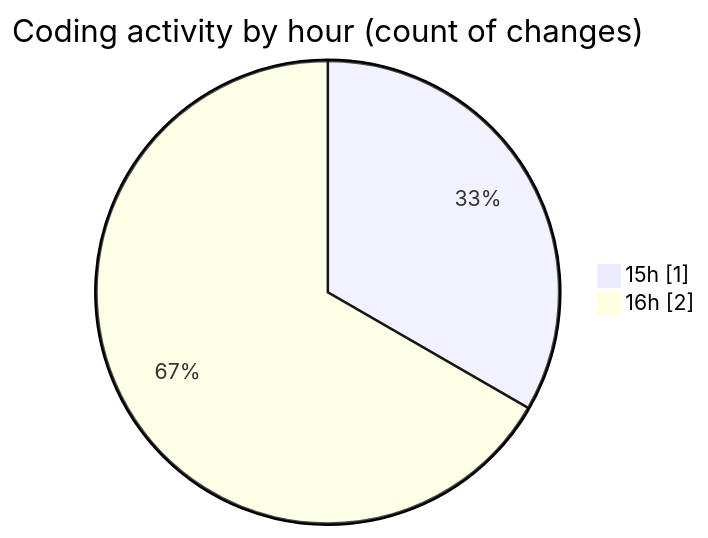
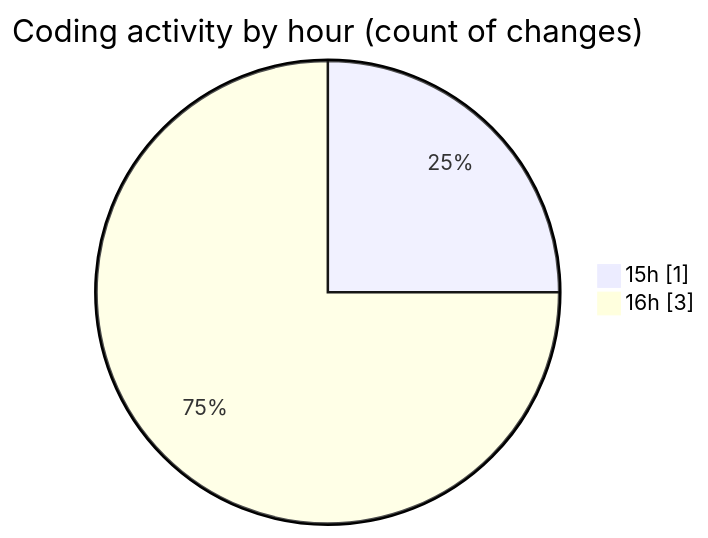
The second of 2 diagrams in 2026-07-29/untitled__workspace_/README.md (debugP/code-tracking), drawn with Mermaid before and after one commit. The commit also changed other lines of this file and 1 other file, not shown here.

````diff
--- a/2026-07-29/untitled__workspace_/README.md
+++ b/2026-07-29/untitled__workspace_/README.md
@@ -28,6 +28,6 @@
 ```mermaid
 pie showData
 title Coding activity by hour (count of changes)
 "15h" : 1
-"16h" : 2
+"16h" : 3
 ```
````
